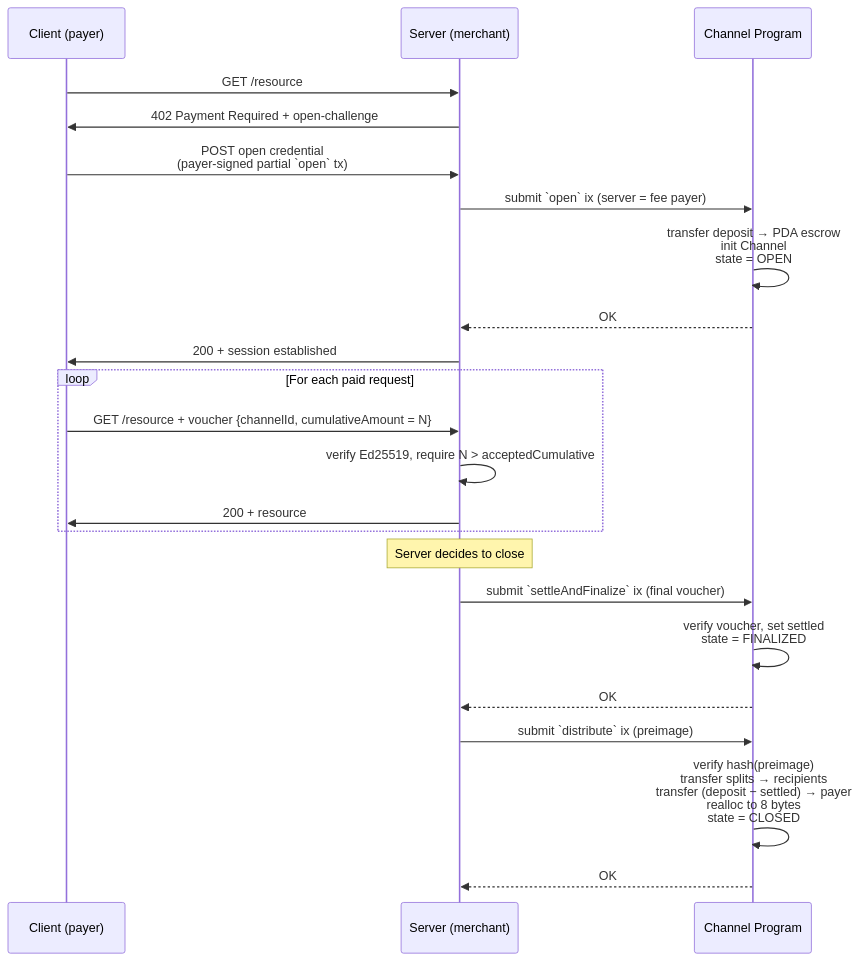
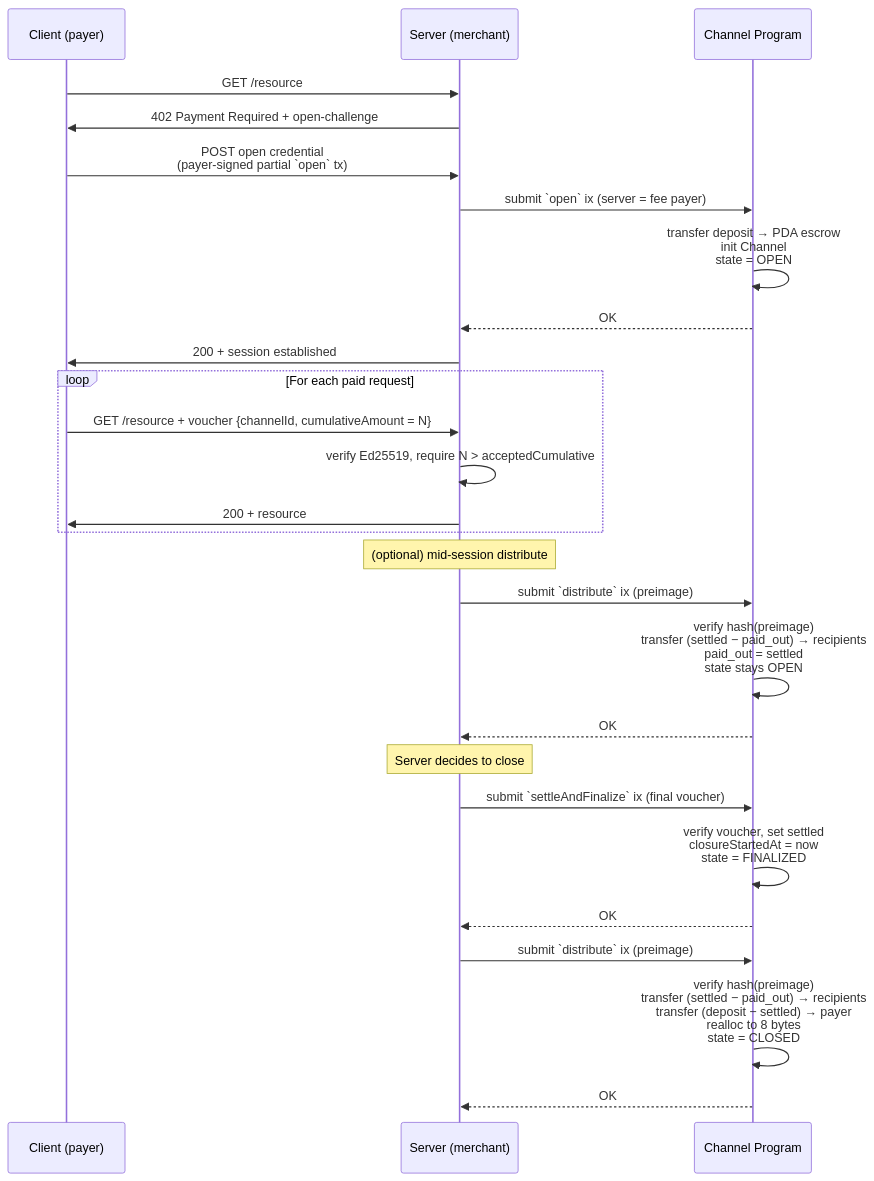
The first of 2 diagrams in docs/002-http-protocol.md (solana-foundation/payment-channels), drawn with Mermaid before and after one commit. The commit also changed other lines of this file, not shown here.

````diff
--- a/docs/002-http-protocol.md
+++ b/docs/002-http-protocol.md
@@ -72,30 +72,35 @@
 ```mermaid
 sequenceDiagram
     participant C as Client (payer)
     participant S as Server (merchant)
     participant P as Channel Program
 
     C->>S: GET /resource
     S->>C: 402 Payment Required + open-challenge
 
     C->>S: POST open credential<br/>(payer-signed partial `open` tx)
     S->>P: submit `open` ix (server = fee payer)
     P->>P: transfer deposit → PDA escrow<br/>init Channel<br/>state = OPEN
     P-->>S: OK
     S->>C: 200 + session established
 
     loop For each paid request
         C->>S: GET /resource + voucher {channelId, cumulativeAmount = N}
         S->>S: verify Ed25519, require N > acceptedCumulative
         S->>C: 200 + resource
     end
 
+    Note over S: (optional) mid-session distribute
+    S->>P: submit `distribute` ix (preimage)
+    P->>P: verify hash(preimage)<br/>transfer (settled − paid_out) → recipients<br/>paid_out = settled<br/>state stays OPEN
+    P-->>S: OK
+
     Note over S: Server decides to close
     S->>P: submit `settleAndFinalize` ix (final voucher)
-    P->>P: verify voucher, set settled<br/>state = FINALIZED
+    P->>P: verify voucher, set settled<br/>closureStartedAt = now<br/>state = FINALIZED
     P-->>S: OK
 
     S->>P: submit `distribute` ix (preimage)
-    P->>P: verify hash(preimage)<br/>transfer splits → recipients<br/>transfer (deposit − settled) → payer<br/>realloc to 8 bytes<br/>state = CLOSED
+    P->>P: verify hash(preimage)<br/>transfer (settled − paid_out) → recipients<br/>transfer (deposit − settled) → payer<br/>realloc to 8 bytes<br/>state = CLOSED
     P-->>S: OK
 ```
````
